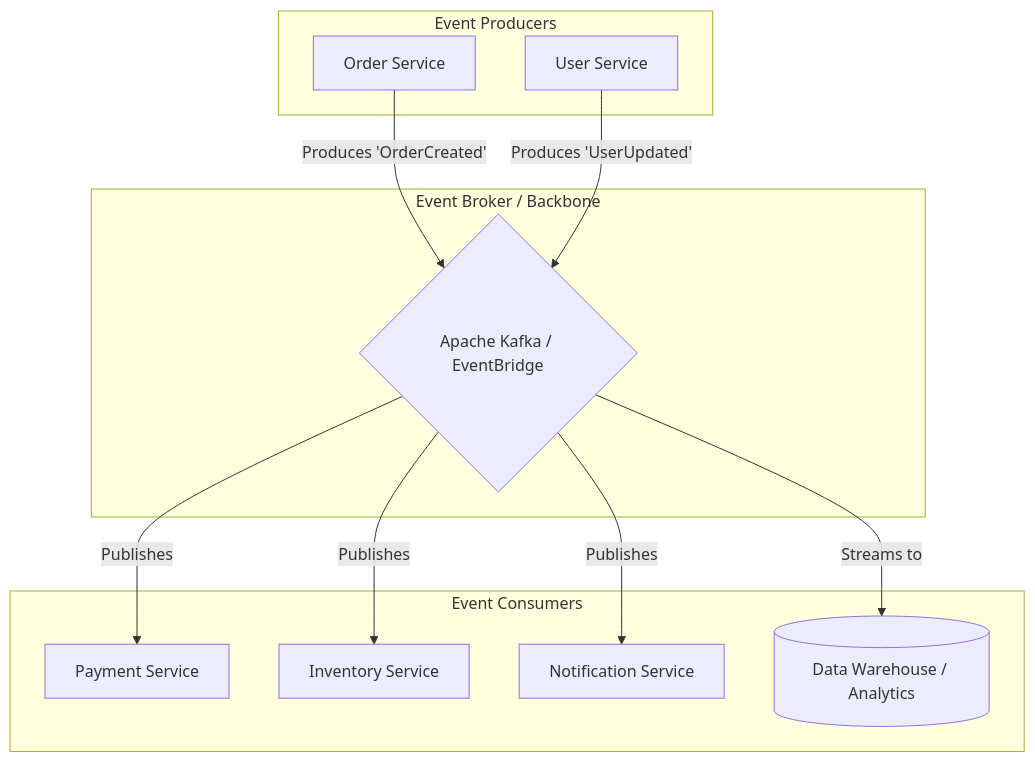
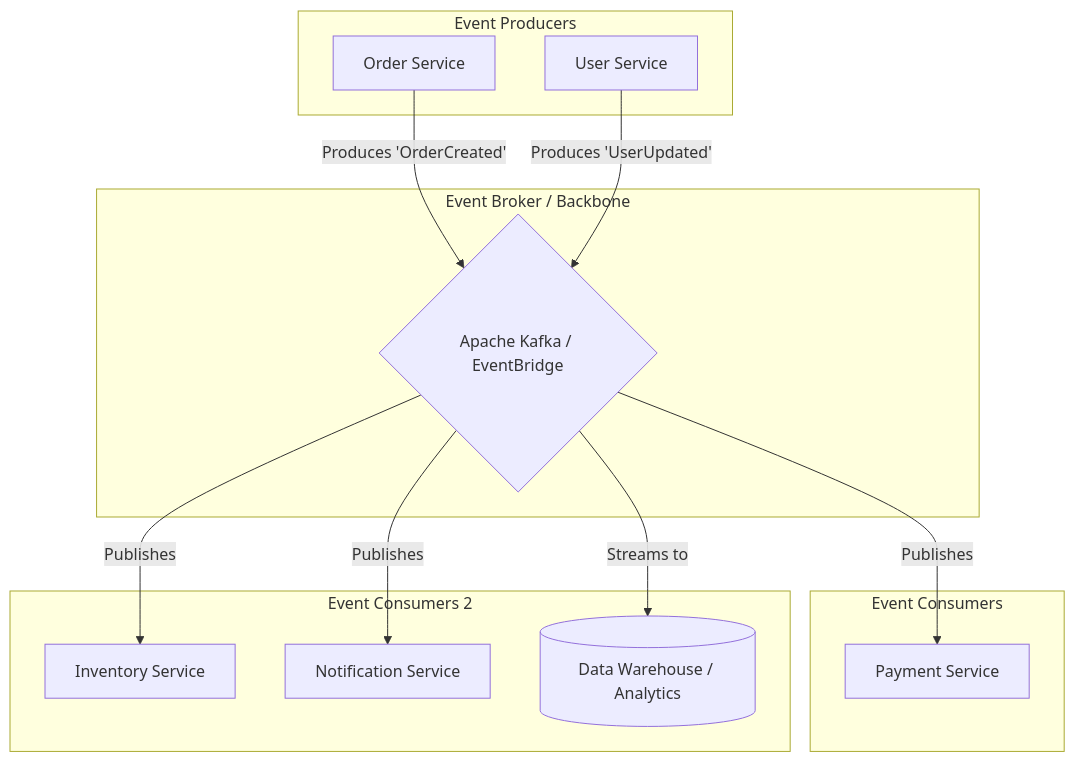
One commit to kythuatdulieu/kythuatdulieu.github.io changed the diagram in src/content/docs/concepts/event-driven-architecture.md. Above: the diagram before and after it, drawn with Mermaid. The commit also changed other lines of this file and 179 other files, not shown here.

Commit message:
fix: build error and mermaid theme

````diff
--- a/src/content/docs/concepts/event-driven-architecture.md
+++ b/src/content/docs/concepts/event-driven-architecture.md
@@ -61,26 +50,29 @@
 ```mermaid
 graph TD
     subgraph Event Producers
         A[Order Service]
         B[User Service]
     end
 
     subgraph Event Broker / Backbone
         C{Apache Kafka / EventBridge}
     end
 
     subgraph Event Consumers
         D[Payment Service]
+    end
+    
+    subgraph Event Consumers 2
         E[Inventory Service]
         F[Notification Service]
         G[(Data Warehouse / Analytics)]
     end
 
     A -->|Produces 'OrderCreated'| C
     B -->|Produces 'UserUpdated'| C
 
     C -->|Publishes| D
     C -->|Publishes| E
     C -->|Publishes| F
     C -->|Streams to| G
 ```
````
